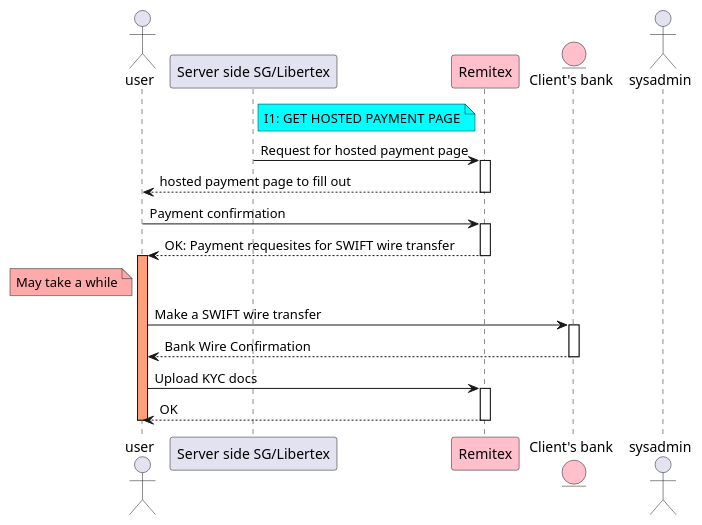
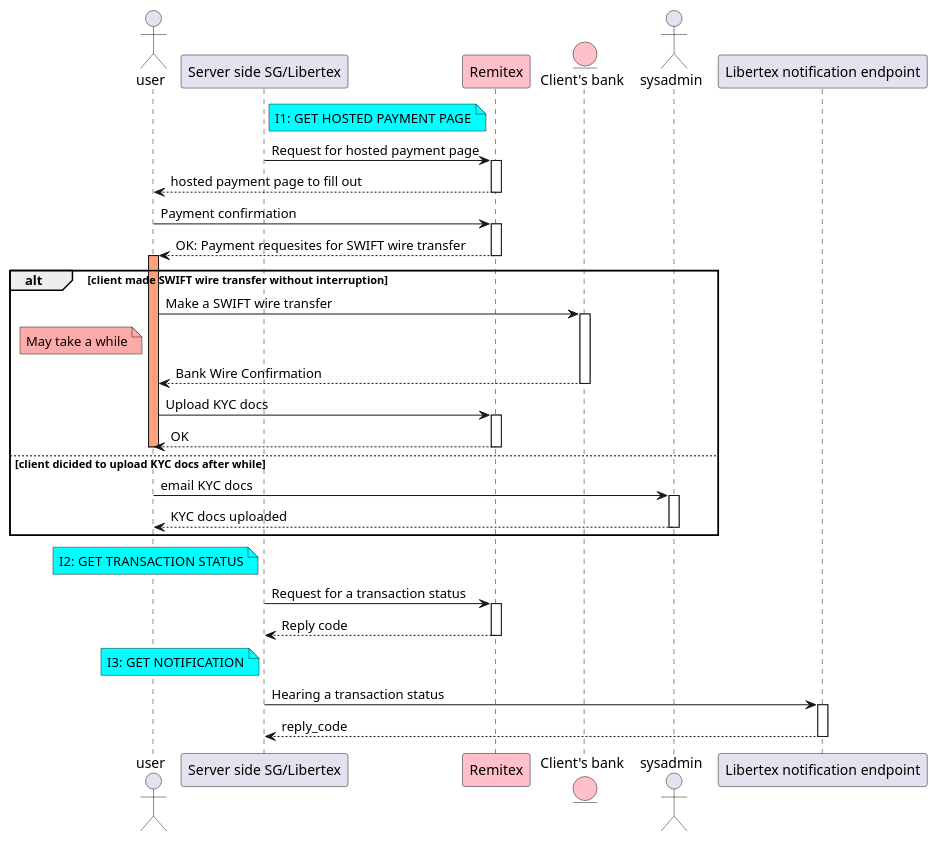
The diagram in UML practice/docs/diagrams/src/OMEGA-55 Remitex/instantFlow.wsd (milovdg/UMLPractice), drawn with PlantUML before and after one commit.

Commit message:
13072021-2

```diff
--- a/UML practice/docs/diagrams/src/OMEGA-55 Remitex/instantFlow.wsd
+++ b/UML practice/docs/diagrams/src/OMEGA-55 Remitex/instantFlow.wsd
@@ -1,26 +1,41 @@
 @startuml First practice
 
 actor user
 participant "Server side SG/Libertex"
 participant Remitex #pink
 entity "Client's bank" #pink
 actor sysadmin
+participant "Libertex notification endpoint"
 
 
 note right of "Server side SG/Libertex" #Aqua: I1: GET HOSTED PAYMENT PAGE
 "Server side SG/Libertex" -> Remitex ++: Request for hosted payment page
 
 Remitex --> user --: hosted payment page to fill out
 
 user -> Remitex ++: Payment confirmation 
 Remitex --> user --: OK: Payment requesites for SWIFT wire transfer
 
 activate user #LightSalmon
-note left of user #FFAAAA: May take a while
-user -> "Client's bank" ++: Make a SWIFT wire transfer
-"Client's bank" --> user --: Bank Wire Confirmation
-user -> Remitex ++: Upload KYC docs
-Remitex --> user --: OK
-deactivate user
+
+alt client made SWIFT wire transfer without interruption
+    user -> "Client's bank" ++: Make a SWIFT wire transfer
+    note left of user #FFAAAA: May take a while
+    "Client's bank" --> user --: Bank Wire Confirmation
+    user -> Remitex ++: Upload KYC docs
+    Remitex --> user --: OK
+    deactivate user
+else client dicided to upload KYC docs after while
+    user -> sysadmin ++: email KYC docs
+    sysadmin --> user --: KYC docs uploaded
+end
+
+note left of "Server side SG/Libertex" #Aqua: I2: GET TRANSACTION STATUS
+"Server side SG/Libertex" -> Remitex ++: Request for a transaction status
+Remitex --> "Server side SG/Libertex" --: Reply code
+
+note left of "Server side SG/Libertex" #Aqua: I3: GET NOTIFICATION
+"Server side SG/Libertex" -> "Libertex notification endpoint" ++: Hearing a transaction status
+"Libertex notification endpoint" --> "Server side SG/Libertex" --: reply_code
 
 @enduml
```
